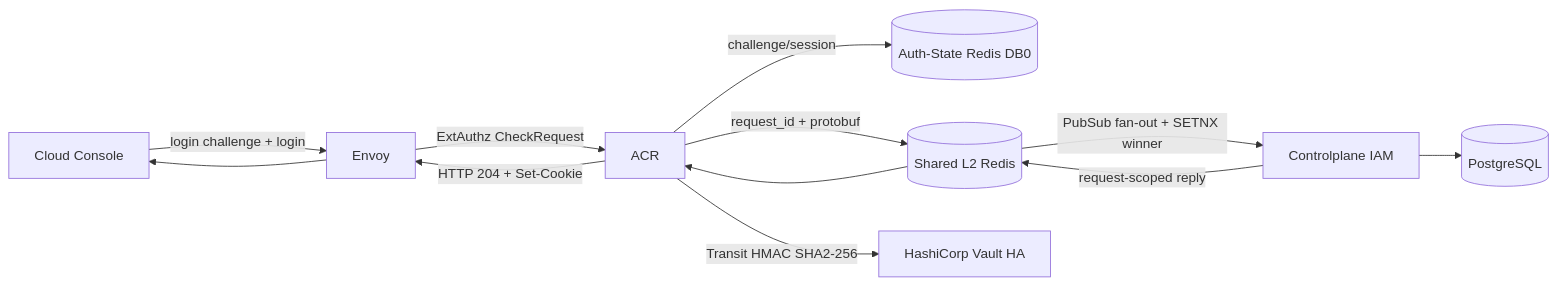
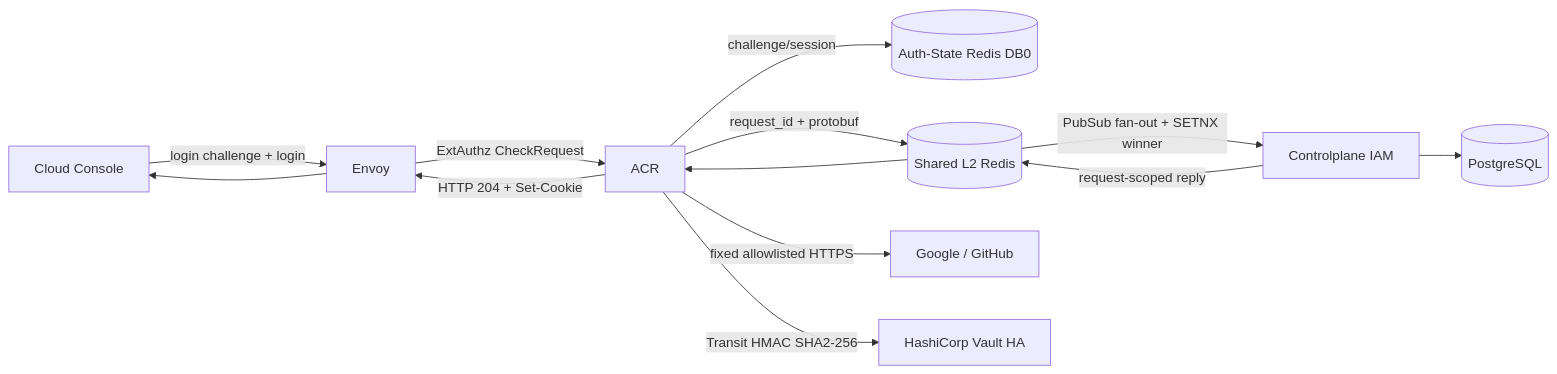
The first of 3 diagrams in god_view/iam/user_login_god_view_workflow.md (phucle996/aurora), drawn with Mermaid before and after one commit. The commit also changed other lines of this file and 52 other files, not shown here.

````diff
--- a/god_view/iam/user_login_god_view_workflow.md
+++ b/god_view/iam/user_login_god_view_workflow.md
@@ -80,12 +132,13 @@
 ```mermaid
 flowchart LR
     UI[Cloud Console] -->|login challenge + login| E[Envoy]
     E -->|ExtAuthz CheckRequest| A[ACR]
     A -->|challenge/session| AR[(Auth-State Redis DB0)]
     A -->|request_id + protobuf| SR[(Shared L2 Redis)]
     SR -->|PubSub fan-out + SETNX winner| IAM[Controlplane IAM]
     IAM --> DB[(PostgreSQL)]
     IAM -->|request-scoped reply| SR --> A
+    A -->|fixed allowlisted HTTPS| OP[Google / GitHub]
     A -->|Transit HMAC SHA2-256| V[HashiCorp Vault HA]
     A -->|HTTP 204 + Set-Cookie| E --> UI
 ```
````
